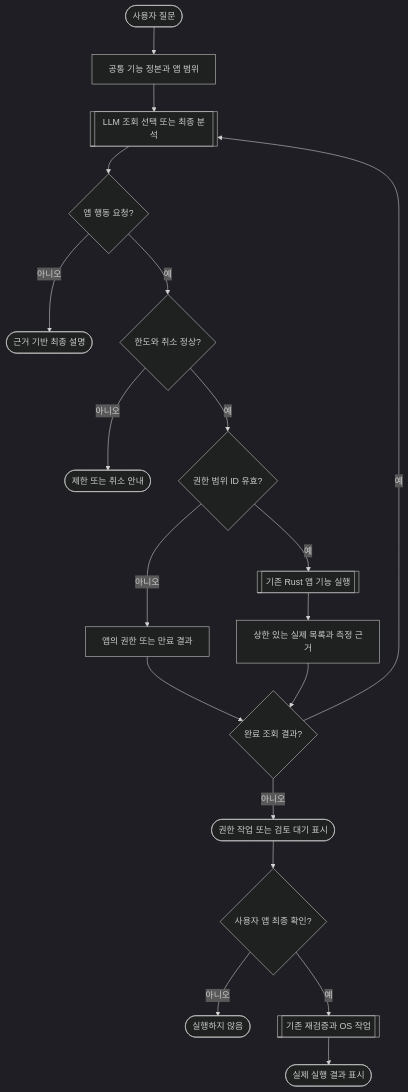
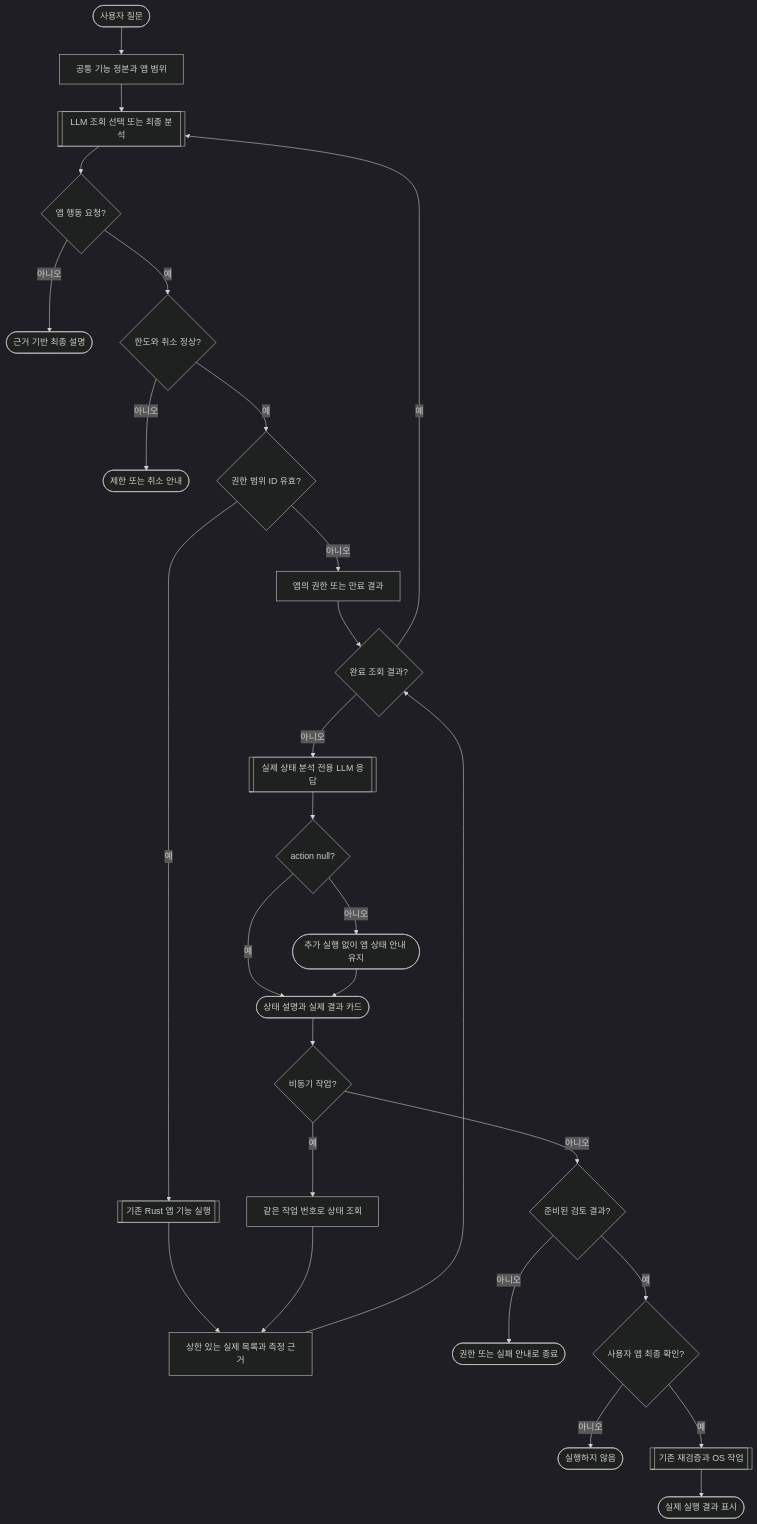
Before and after one commit to Dannykkh/bloomsweepy: the diagram in docs/flow-diagrams/app-tool-investigation.mmd, drawn with Mermaid (dark theme). The commit also changed 66 other files, not shown here.

```diff
--- a/docs/flow-diagrams/app-tool-investigation.mmd
+++ b/docs/flow-diagrams/app-tool-investigation.mmd
@@ -1,19 +1,28 @@
 flowchart TD
     Start([사용자 질문]) --> Catalog[공통 기능 정본과 앱 범위]
     Catalog --> Model[[LLM 조회 선택 또는 최종 분석]]
     Model --> Action{앱 행동 요청?}
     Action -->|아니오| Answer([근거 기반 최종 설명])
     Action -->|예| Budget{한도와 취소 정상?}
     Budget -->|아니오| Limited([제한 또는 취소 안내])
     Budget -->|예| Validate{권한 범위 ID 유효?}
     Validate -->|아니오| Denied[앱의 권한 또는 만료 결과]
     Validate -->|예| Engine[[기존 Rust 앱 기능 실행]]
     Engine --> Result[상한 있는 실제 목록과 측정 근거]
     Denied --> State{완료 조회 결과?}
     Result --> State
     State -->|예| Model
-    State -->|아니오| Waiting([권한 작업 또는 검토 대기 표시])
-    Waiting --> Confirm{사용자 앱 최종 확인?}
+    State -->|아니오| FinalOnly[[실제 상태 분석 전용 LLM 응답]]
+    FinalOnly --> NoAction{action null?}
+    NoAction -->|예| Waiting([상태 설명과 실제 결과 카드])
+    NoAction -->|아니오| AppFallback([추가 실행 없이 앱 상태 안내 유지])
+    AppFallback --> Waiting
+    Waiting --> Async{비동기 작업?}
+    Async -->|예| Status[같은 작업 번호로 상태 조회]
+    Status --> Result
+    Async -->|아니오| Review{준비된 검토 결과?}
+    Review -->|아니오| Stopped([권한 또는 실패 안내로 종료])
+    Review -->|예| Confirm{사용자 앱 최종 확인?}
     Confirm -->|아니오| Unchanged([실행하지 않음])
     Confirm -->|예| Execute[[기존 재검증과 OS 작업]]
     Execute --> Evidence([실제 실행 결과 표시])
```
